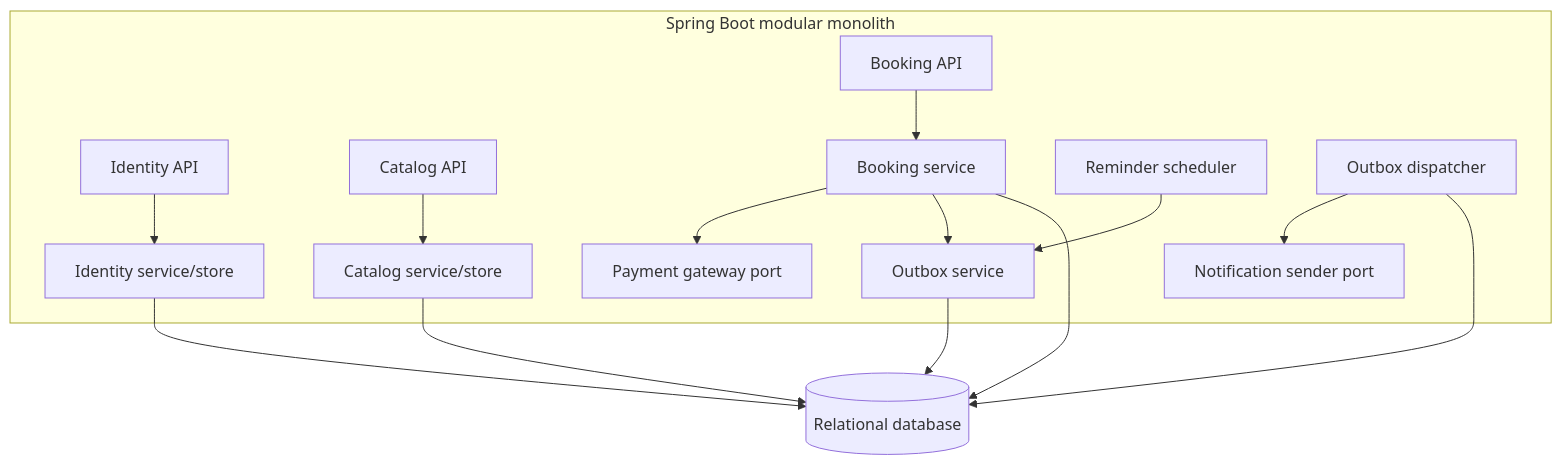
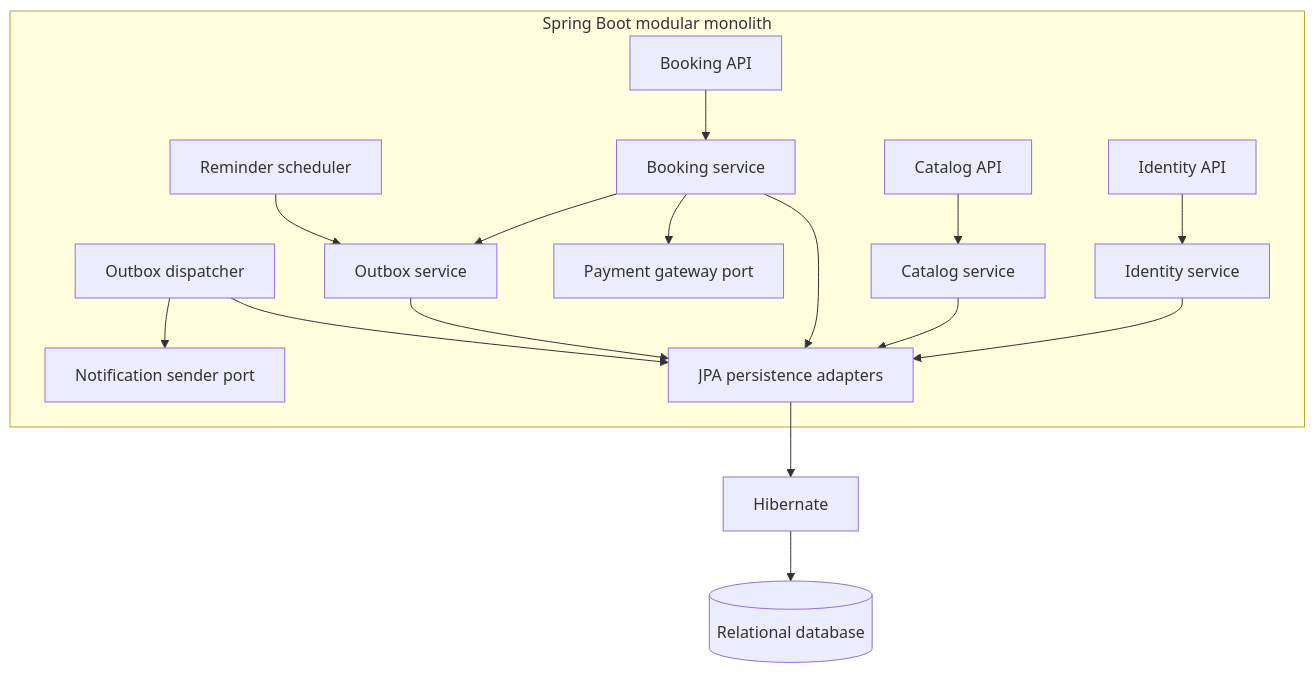
Before and after one commit to Mayank-Bhati/movie-ticket-booking: the second of 4 diagrams in docs/architecture/system-design.md, drawn with Mermaid. The commit also changed other lines of this file and 39 other files, not shown here.

Commit message:
Migrate persistence to Hibernate JPA

````diff
--- a/docs/architecture/system-design.md
+++ b/docs/architecture/system-design.md
@@ -21,17 +21,19 @@
 ```mermaid
 flowchart TB
     subgraph Runtime[Spring Boot modular monolith]
-      IA[Identity API] --> IS[Identity service/store]
-      CA[Catalog API] --> CS[Catalog service/store]
+      IA[Identity API] --> IS[Identity service]
+      CA[Catalog API] --> CS[Catalog service]
       BA[Booking API] --> BS[Booking service]
       BS --> PG[Payment gateway port]
       BS --> OB[Outbox service]
       RS[Reminder scheduler] --> OB
       OD[Outbox dispatcher] --> NS[Notification sender port]
+      IS --> JPA[JPA persistence adapters]
+      CS --> JPA
+      BS --> JPA
+      OB --> JPA
+      OD --> JPA
     end
-    IS --> DB[(Relational database)]
-    CS --> DB
-    BS --> DB
-    OB --> DB
-    OD --> DB
+    JPA --> H[Hibernate]
+    H --> DB[(Relational database)]
 ```
````
